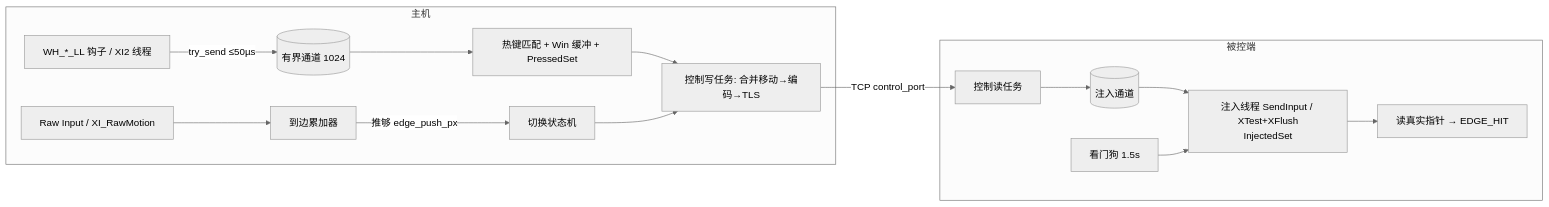
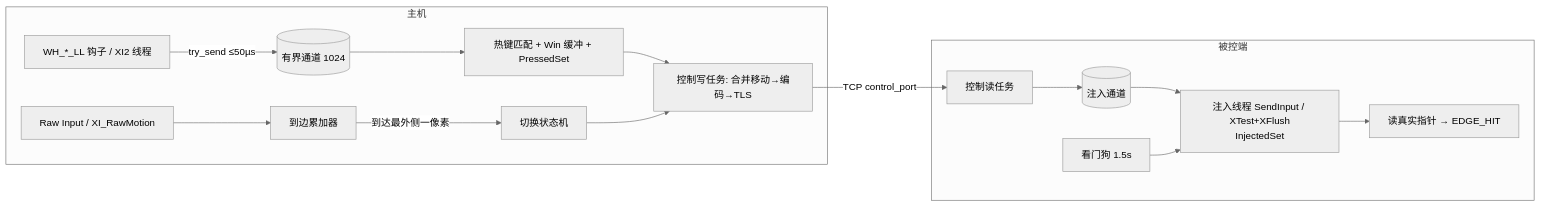
One commit to HadyLiu/Cross-SystemConnect changed the second of 12 diagrams in Doc/架构设计.md. Above: the diagram before and after it, drawn with Mermaid (neutral theme). The commit also changed other lines of this file and 51 other files, not shown here.

````diff
--- a/Doc/架构设计.md
+++ b/Doc/架构设计.md
@@ -77,18 +77,18 @@
 ```mermaid
 flowchart LR
     subgraph 主机
       H["WH_*_LL 钩子 / XI2 线程"] -->|"try_send ≤50µs"| Q[("有界通道 1024")]
       Q --> HK["热键匹配 + Win 缓冲 + PressedSet"]
       HK --> W["控制写任务: 合并移动→编码→TLS"]
       R["Raw Input / XI_RawMotion"] --> E["到边累加器"]
-      E -->|"推够 edge_push_px"| SW["切换状态机"]
+      E -->|"到达最外侧一像素"| SW["切换状态机"]
       SW --> W
     end
     W -->|"TCP control_port"| RD
     subgraph 被控端
       RD["控制读任务"] --> IQ[("注入通道")]
       IQ --> INJ["注入线程 SendInput / XTest+XFlush<br/>InjectedSet"]
       INJ --> EP["读真实指针 → EDGE_HIT"]
       WD["看门狗 1.5s"] --> INJ
     end
 ```
````
